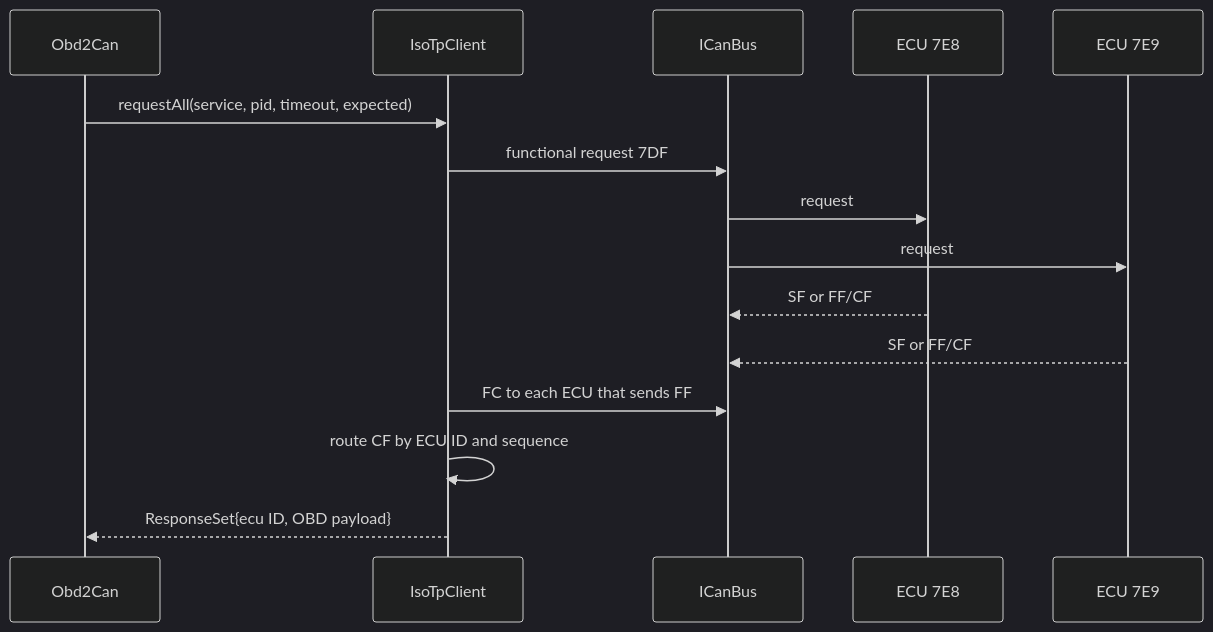
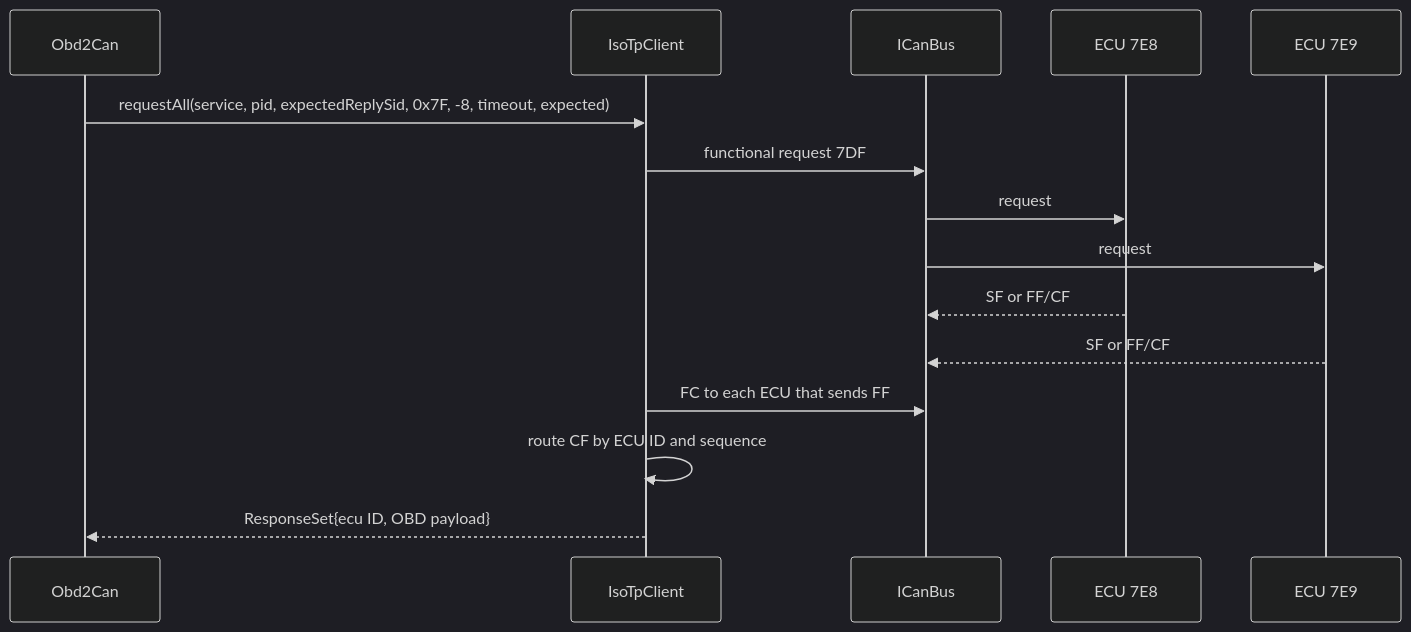
One commit to rodrigomarcolin/tccelta changed the diagram in esp32-firmware/src/obd2/real/README.md. Above: the diagram before and after it, drawn with Mermaid (dark theme). The commit also changed other lines of this file and 5 other files, not shown here.

First line of the commit message:
refactor(firmware): mover IsoTpClient para can/, desacoplado de OBD-II

````diff
--- a/esp32-firmware/src/obd2/real/README.md
+++ b/esp32-firmware/src/obd2/real/README.md
@@ -7,17 +10,17 @@
 ```mermaid
 sequenceDiagram
     participant OBD as Obd2Can
     participant ISO as IsoTpClient
     participant CAN as ICanBus
     participant E1 as ECU 7E8
     participant E2 as ECU 7E9
-    OBD->>ISO: requestAll(service, pid, timeout, expected)
+    OBD->>ISO: requestAll(service, pid, expectedReplySid, 0x7F, -8, timeout, expected)
     ISO->>CAN: functional request 7DF
     CAN->>E1: request
     CAN->>E2: request
     E1-->>CAN: SF or FF/CF
     E2-->>CAN: SF or FF/CF
     ISO->>CAN: FC to each ECU that sends FF
     ISO->>ISO: route CF by ECU ID and sequence
     ISO-->>OBD: ResponseSet{ecu ID, OBD payload}
 ```
````
